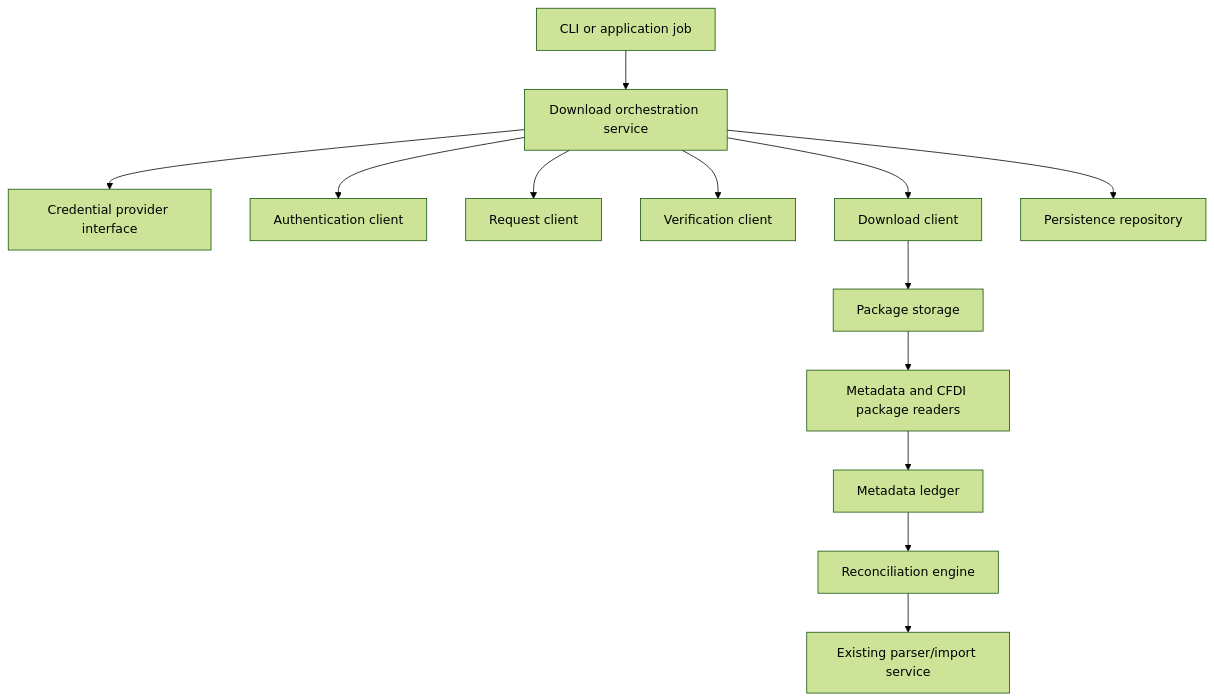
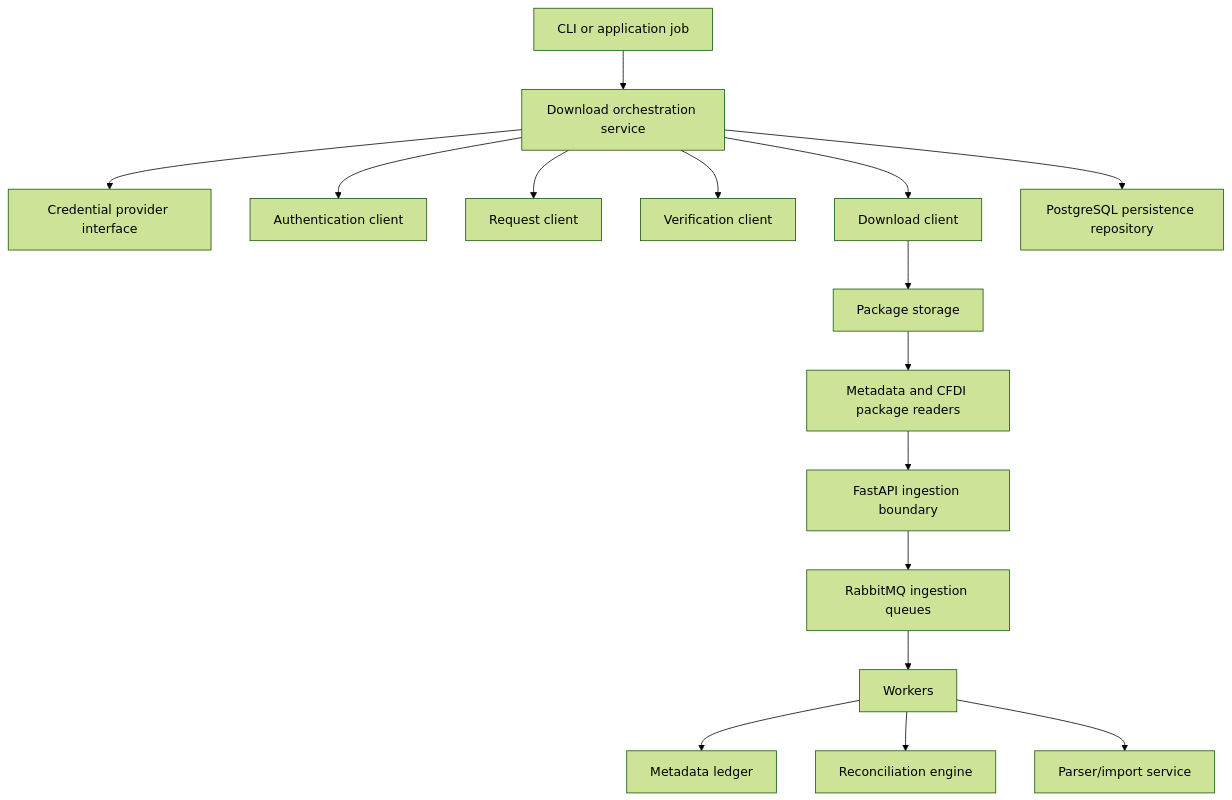
Before and after one commit to Crls8a/cfdi-vault-mx: the diagram in docs/sat-download/implementation-plan.md, drawn with Mermaid (forest theme). The commit also changed other lines of this file and 27 other files, not shown here.

Commit message:
docs(architecture): document postgres queue api contract

````diff
--- a/docs/sat-download/implementation-plan.md
+++ b/docs/sat-download/implementation-plan.md
@@ -22,15 +22,18 @@
 ```mermaid
 flowchart TD
     A[CLI or application job] --> B[Download orchestration service]
     B --> C[Credential provider interface]
     B --> D[Authentication client]
     B --> E[Request client]
     B --> F[Verification client]
     B --> G[Download client]
-    B --> H[Persistence repository]
+    B --> H[PostgreSQL persistence repository]
     G --> I[Package storage]
     I --> J[Metadata and CFDI package readers]
-    J --> K[Metadata ledger]
-    K --> L[Reconciliation engine]
-    L --> M[Existing parser/import service]
+    J --> API[FastAPI ingestion boundary]
+    API --> Q[RabbitMQ ingestion queues]
+    Q --> W[Workers]
+    W --> K[Metadata ledger]
+    W --> L[Reconciliation engine]
+    W --> M[Parser/import service]
 ```
````
